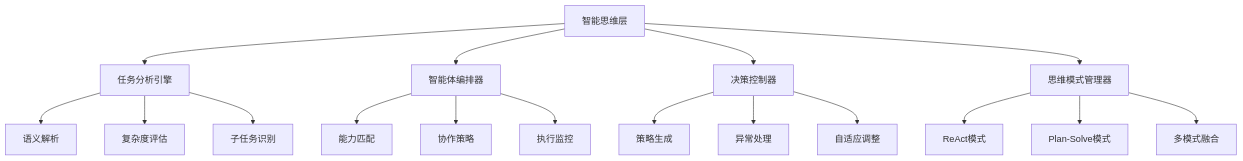
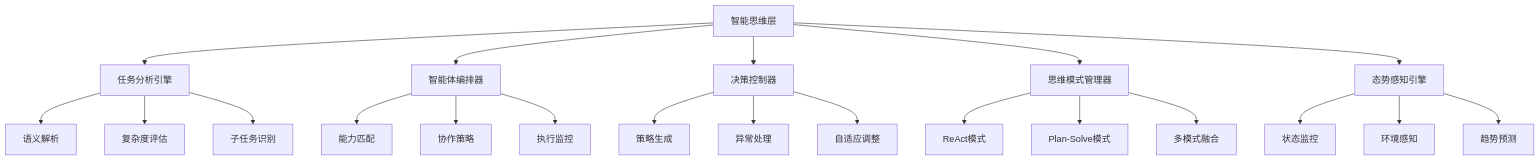
The third of 8 diagrams in 第零部分_核心概念预览/0.2_AGI应用分层架构.md (youyoude/agi-app-dev-guide-book), drawn with Mermaid before and after one commit. The commit also changed other lines of this file and 2 other files, not shown here.

````diff
--- a/第零部分_核心概念预览/0.2_AGI应用分层架构.md
+++ b/第零部分_核心概念预览/0.2_AGI应用分层架构.md
@@ -82,23 +83,28 @@
 ```mermaid
 graph TD
     IT[智能思维层] --> A[任务分析引擎]
     IT --> B[智能体编排器]
     IT --> C[决策控制器]
     IT --> D[思维模式管理器]
+    IT --> E[态势感知引擎]
     
     A --> A1[语义解析]
     A --> A2[复杂度评估]
     A --> A3[子任务识别]
     
     B --> B1[能力匹配]
     B --> B2[协作策略]
     B --> B3[执行监控]
     
     C --> C1[策略生成]
     C --> C2[异常处理]
     C --> C3[自适应调整]
     
     D --> D1[ReAct模式]
     D --> D2[Plan-Solve模式]
     D --> D3[多模式融合]
+    
+    E --> E1[状态监控]
+    E --> E2[环境感知]
+    E --> E3[趋势预测]
 ```
````
